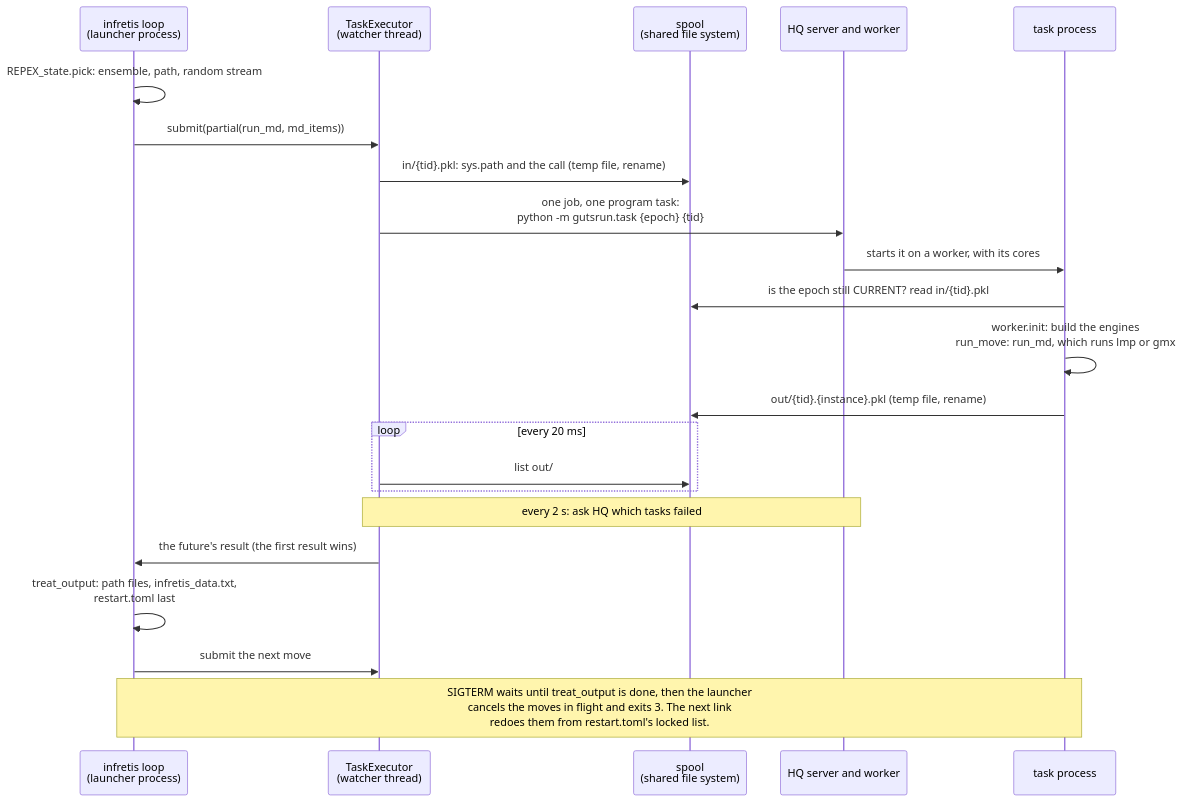
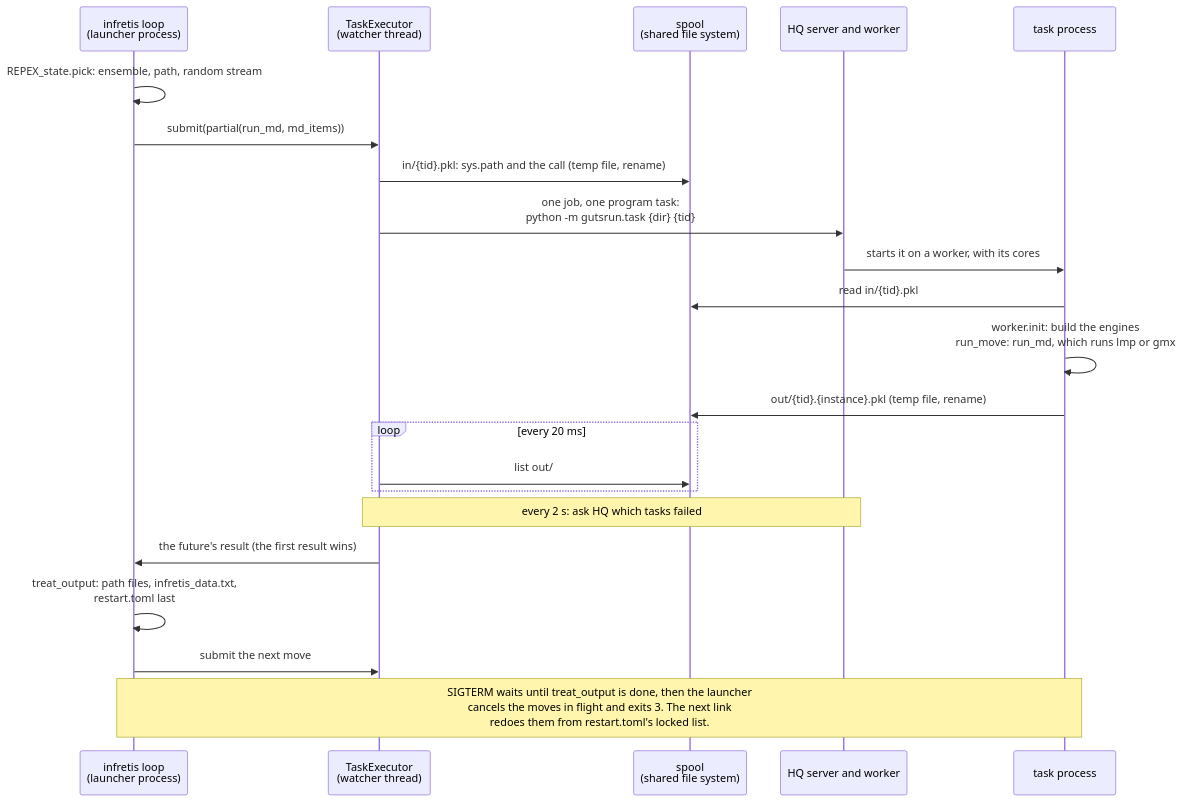
The third of 3 diagrams in DEVELOPMENT.md (GUTSframework/infretis_hyperqueue), drawn with Mermaid before and after one commit. The commit also changed other lines of this file and 9 other files, not shown here.

````diff
--- a/DEVELOPMENT.md
+++ b/DEVELOPMENT.md
@@ -124,25 +124,25 @@
 ```mermaid
 sequenceDiagram
     participant R as infretis loop<br/>(launcher process)
     participant X as TaskExecutor<br/>(watcher thread)
     participant S as spool<br/>(shared file system)
     participant H as HQ server and worker
     participant T as task process
 
     R->>R: REPEX_state.pick: ensemble, path, random stream
     R->>X: submit(partial(run_md, md_items))
     X->>S: in/{tid}.pkl: sys.path and the call (temp file, rename)
-    X->>H: one job, one program task:<br/>python -m gutsrun.task {epoch} {tid}
+    X->>H: one job, one program task:<br/>python -m gutsrun.task {dir} {tid}
     H->>T: starts it on a worker, with its cores
-    T->>S: is the epoch still CURRENT? read in/{tid}.pkl
+    T->>S: read in/{tid}.pkl
     T->>T: worker.init: build the engines<br/>run_move: run_md, which runs lmp or gmx
     T->>S: out/{tid}.{instance}.pkl (temp file, rename)
     loop every 20 ms
         X->>S: list out/
     end
     Note over X,H: every 2 s: ask HQ which tasks failed
     X->>R: the future's result (the first result wins)
     R->>R: treat_output: path files, infretis_data.txt,<br/>restart.toml last
     R->>X: submit the next move
     Note over R,T: SIGTERM waits until treat_output is done, then the launcher<br/>cancels the moves in flight and exits 3. The next link<br/>redoes them from restart.toml's locked list.
 ```
````
